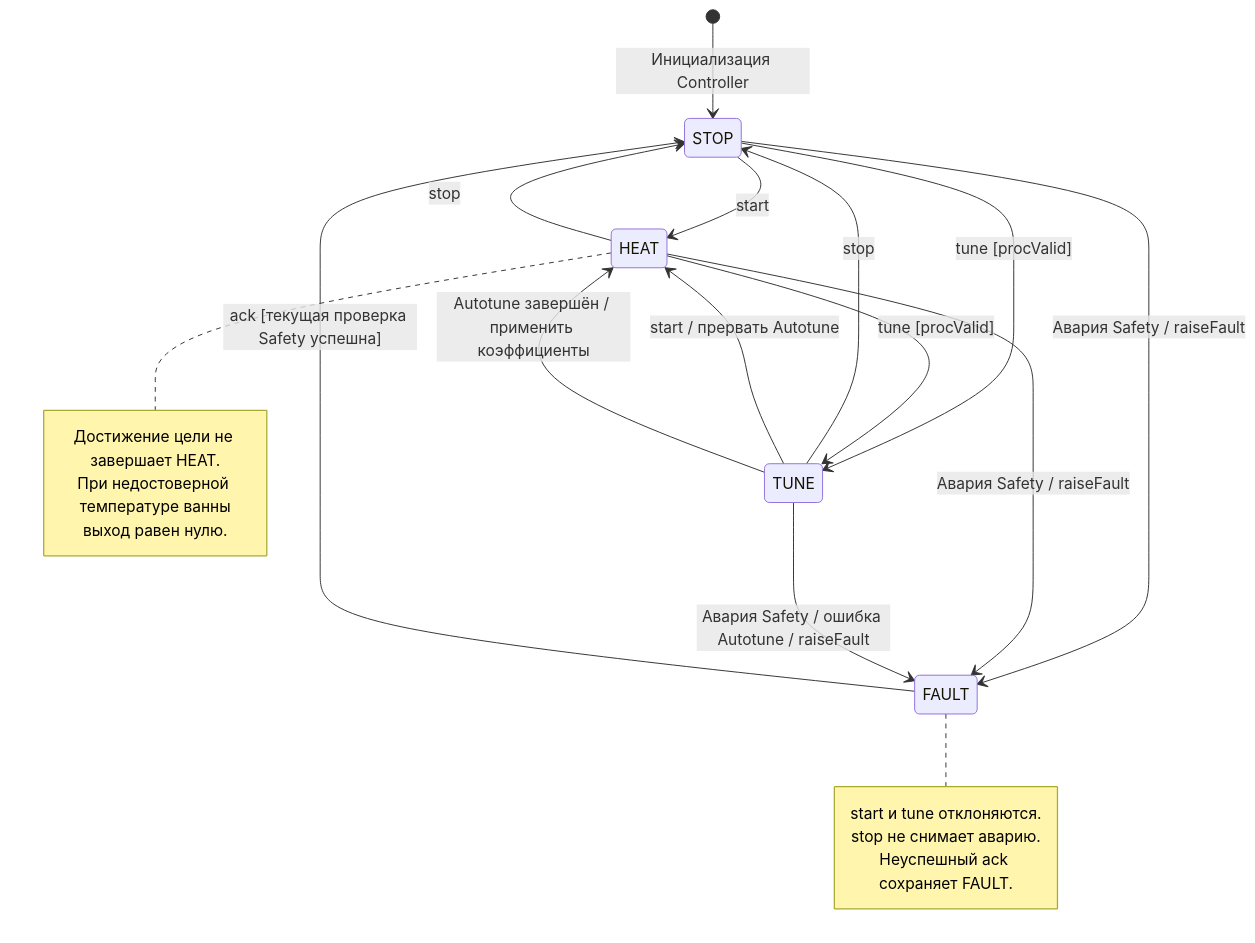
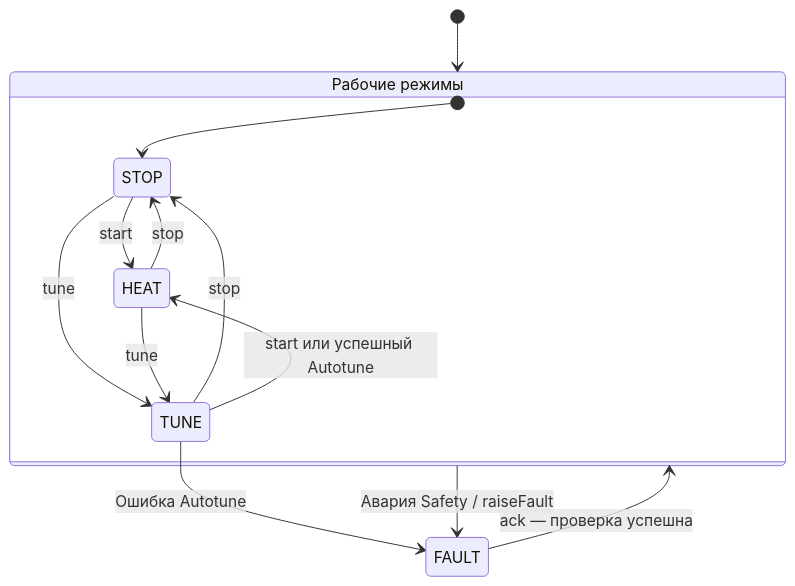
The diagram in docs/control.md (vicgor/paraffin-pid), drawn with Mermaid before and after one commit. The commit also changed other lines of this file, not shown here.

Commit message:
docs: simplify controller state diagram layout

````diff
--- a/docs/control.md
+++ b/docs/control.md
@@ -18,31 +18,21 @@
 ```mermaid
 stateDiagram-v2
-    [*] --> STOP: Инициализация Controller
+    direction TB
 
-    STOP --> HEAT: start
-    STOP --> TUNE: tune [procValid]
-    STOP --> FAULT: Авария Safety / raiseFault
+    state "Рабочие режимы" as Operational {
+        [*] --> STOP
 
-    HEAT --> STOP: stop
-    HEAT --> TUNE: tune [procValid]
-    HEAT --> FAULT: Авария Safety / raiseFault
+        STOP --> HEAT: start
+        HEAT --> STOP: stop
 
-    TUNE --> STOP: stop
-    TUNE --> HEAT: start / прервать Autotune
-    TUNE --> HEAT: Autotune завершён / применить коэффициенты
-    TUNE --> FAULT: Авария Safety / ошибка Autotune / raiseFault
+        STOP --> TUNE: tune
+        HEAT --> TUNE: tune
+        TUNE --> STOP: stop
+        TUNE --> HEAT: start или успешный Autotune
+    }
 
-    FAULT --> STOP: ack [текущая проверка Safety успешна]
-
-    note right of HEAT
-        Достижение цели не завершает HEAT.
-        При недостоверной температуре ванны
-        выход равен нулю.
-    end note
-
-    note right of FAULT
-        start и tune отклоняются.
-        stop не снимает аварию.
-        Неуспешный ack сохраняет FAULT.
-    end note
+    [*] --> Operational
+    Operational --> FAULT: Авария Safety / raiseFault
+    TUNE --> FAULT: Ошибка Autotune
+    FAULT --> Operational: ack — проверка успешна
 ```
````
